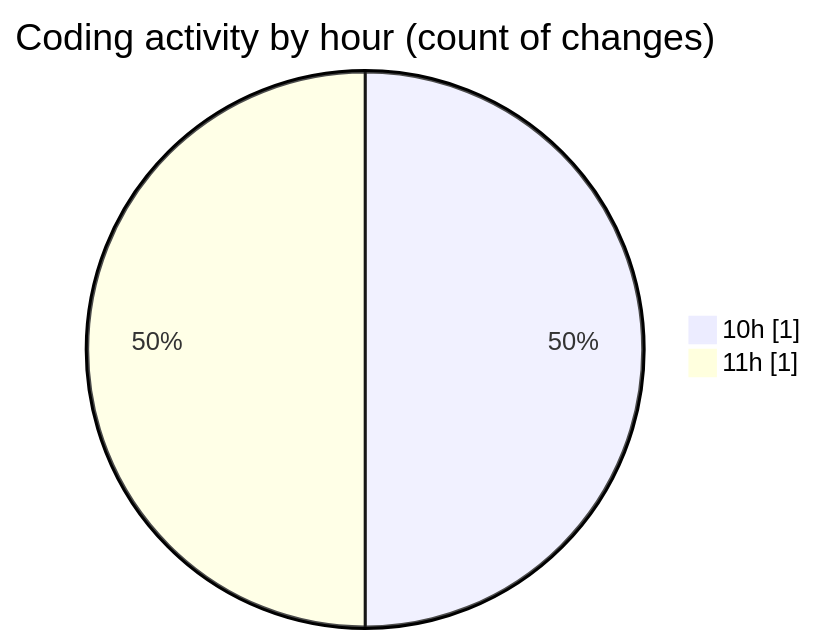
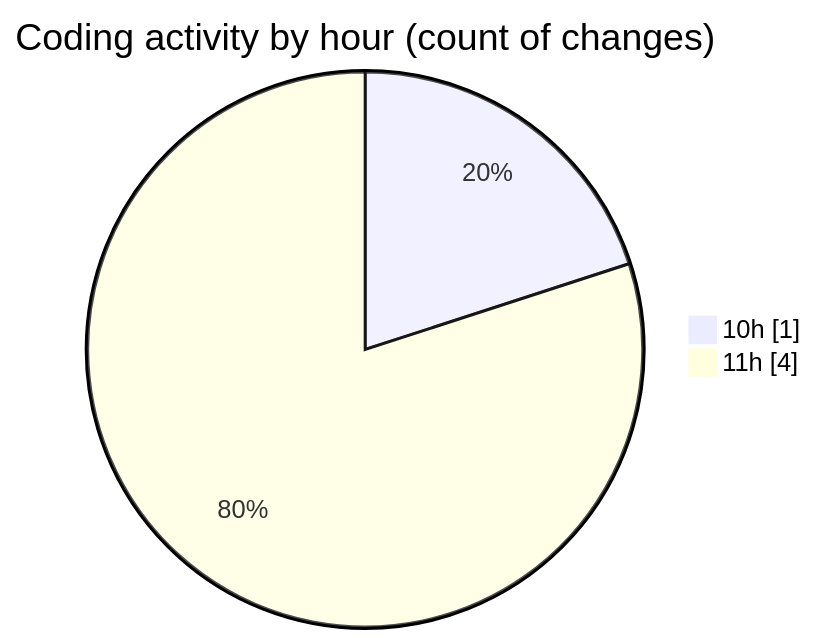
Before and after one commit to nxtqubesakshisongat/code-tracking: the second of 2 diagrams in 2026-03-24/nxtqube_webapp/README.md, drawn with Mermaid. The commit also changed other lines of this file and 1 other file, not shown here.

````diff
--- a/2026-03-24/nxtqube_webapp/README.md
+++ b/2026-03-24/nxtqube_webapp/README.md
@@ -29,6 +31,6 @@
 ```mermaid
 pie showData
 title Coding activity by hour (count of changes)
 "10h" : 1
-"11h" : 1
+"11h" : 4
 ```
````
